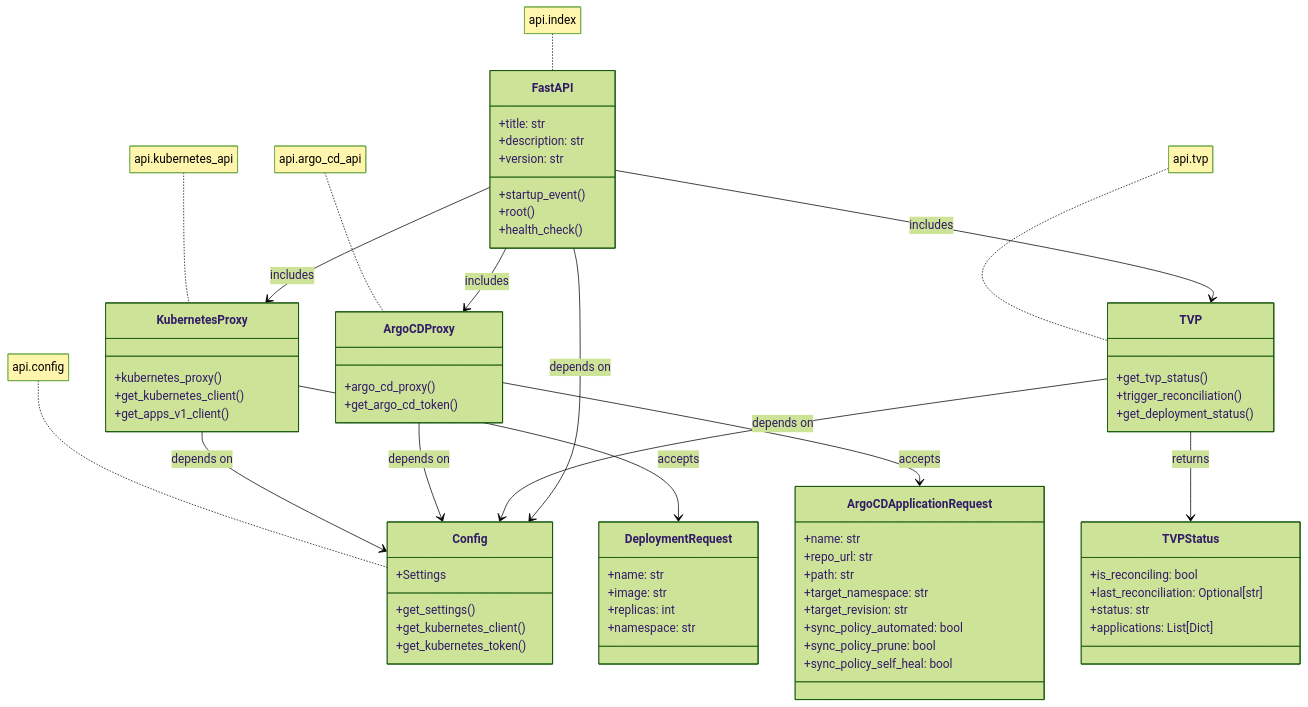
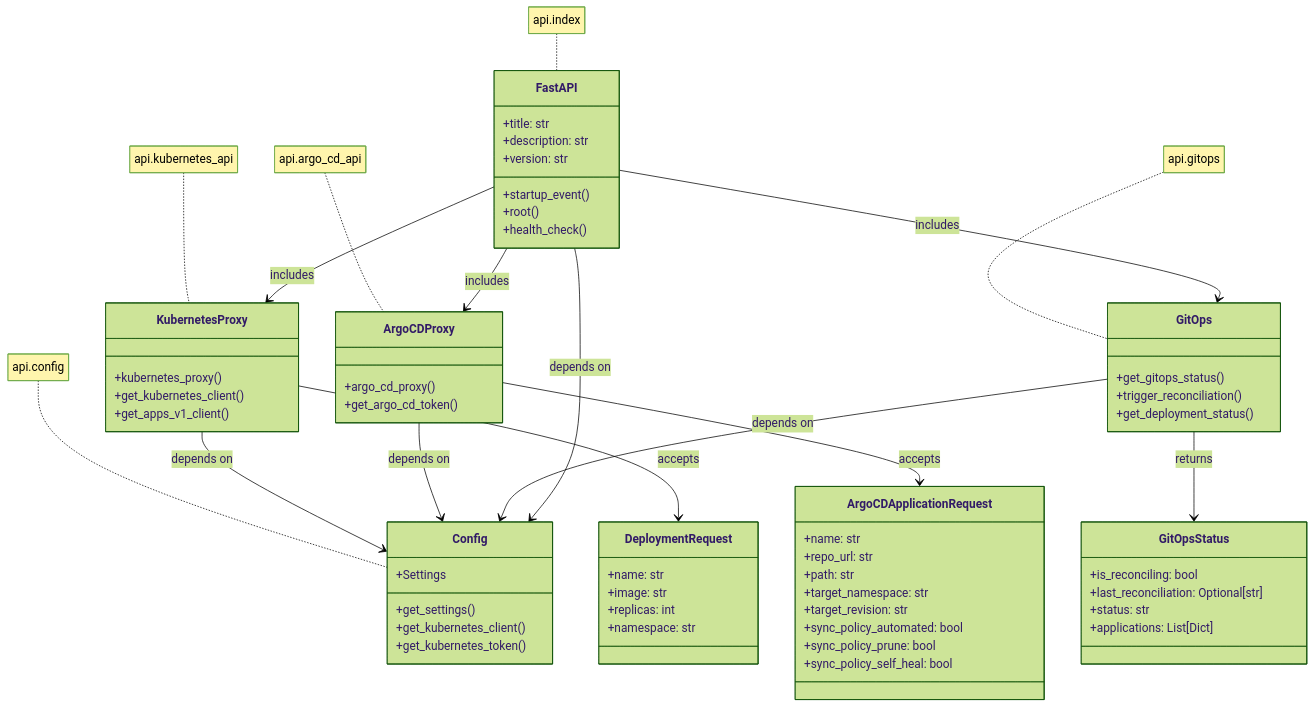
One commit to lloydchang/tvp-k8s changed the sixth of 11 diagrams in README.md. Above: the diagram before and after it, drawn with Mermaid (forest theme). The commit also changed other lines of this file and 15 other files, not shown here.

````diff
--- a/README.md
+++ b/README.md
@@ -554,77 +554,77 @@
 ```mermaid
 classDiagram
     class FastAPI {
         +title: str
         +description: str
         +version: str
         +startup_event()
         +root()
         +health_check()
     }
     
     class KubernetesProxy {
         +kubernetes_proxy()
         +get_kubernetes_client()
         +get_apps_v1_client()
     }
     
     class ArgoCDProxy {
         +argo_cd_proxy()
         +get_argo_cd_token()
     }
     
-    class TVP {
-        +get_tvp_status()
+    class GitOps {
+        +get_gitops_status()
         +trigger_reconciliation()
         +get_deployment_status()
     }
     
     class Config {
         +Settings
         +get_settings()
         +get_kubernetes_client()
         +get_kubernetes_token()
     }
 
-    class TVPStatus {
+    class GitOpsStatus {
         +is_reconciling: bool
         +last_reconciliation: Optional[str]
         +status: str
         +applications: List[Dict]
     }
 
     class DeploymentRequest {
         +name: str
         +image: str
         +replicas: int
         +namespace: str
     }
 
     class ArgoCDApplicationRequest {
         +name: str
         +repo_url: str
         +path: str
         +target_namespace: str
         +target_revision: str
         +sync_policy_automated: bool
         +sync_policy_prune: bool
         +sync_policy_self_heal: bool
     }
     
     FastAPI --> KubernetesProxy : includes
     FastAPI --> ArgoCDProxy : includes
-    FastAPI --> TVP : includes
+    FastAPI --> GitOps : includes
     KubernetesProxy --> Config : depends on
     ArgoCDProxy --> Config : depends on
-    TVP --> Config : depends on
+    GitOps --> Config : depends on
     FastAPI --> Config : depends on
-    TVP --> TVPStatus : returns
+    GitOps --> GitOpsStatus : returns
     KubernetesProxy --> DeploymentRequest : accepts
     ArgoCDProxy --> ArgoCDApplicationRequest : accepts
 
     note for FastAPI "api.index"
     note for KubernetesProxy "api.kubernetes_api"
     note for ArgoCDProxy "api.argo_cd_api" 
-    note for TVP "api.tvp"
+    note for GitOps "api.gitops"
     note for Config "api.config"
 ```
````
